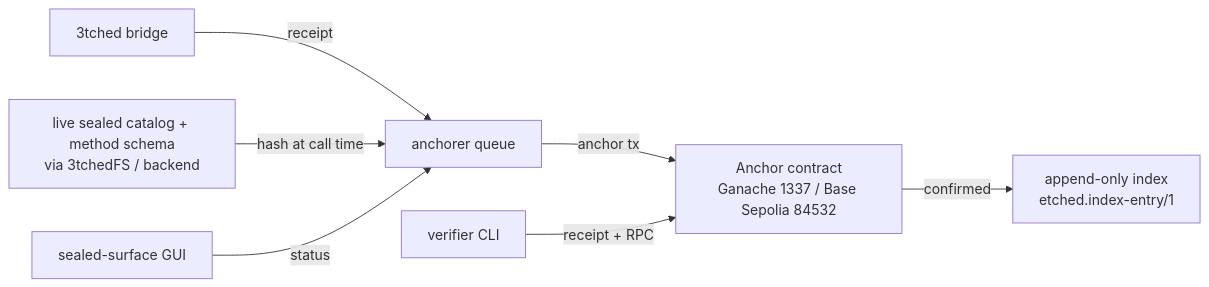
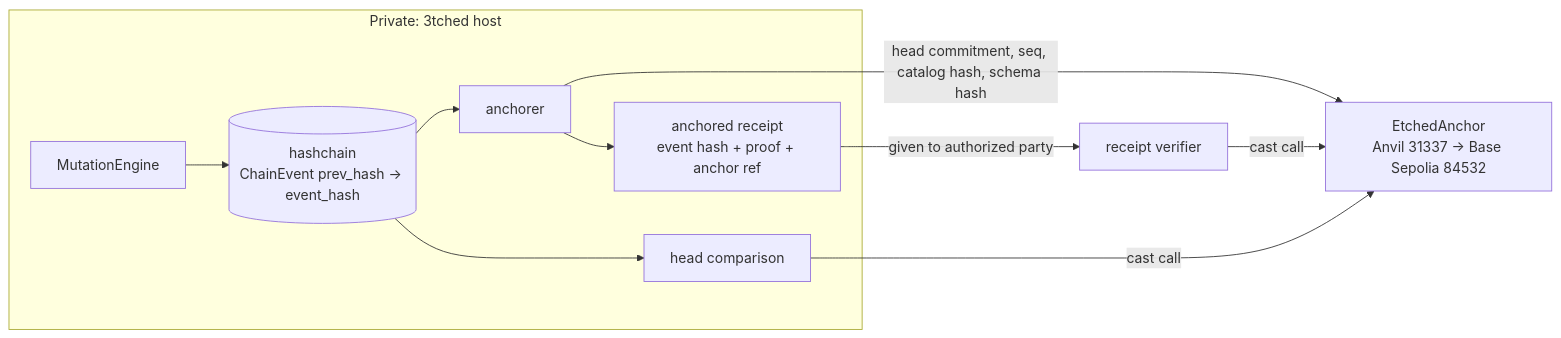
Before and after one commit to repr0bated/subsidiary: the diagram in .kiro/specs/receipt-anchoring/design.md, drawn with Mermaid. The commit also changed other lines of this file and 8 other files, not shown here.

Commit message:
Foundry + hashchain anchoring: EtchedAnchor is new work; commit private hashchain heads, hashes only; receipt-holder verification

````diff
--- a/.kiro/specs/receipt-anchoring/design.md
+++ b/.kiro/specs/receipt-anchoring/design.md
@@ -12,9 +21,13 @@
 ```mermaid
 flowchart LR
-  BR[3tched bridge] -->|receipt| Q[anchorer queue]
-  M[live sealed catalog + method schema\nvia 3tchedFS / backend] -->|hash at call time| Q
-  Q -->|anchor tx| K[Anchor contract\nGanache 1337 / Base Sepolia 84532]
-  K -->|confirmed| I[append-only index\netched.index-entry/1]
-  V[verifier CLI] -->|receipt + RPC| K
-  UI[sealed-surface GUI] -->|status| Q
+  subgraph private[Private: 3tched host]
+    ME[MutationEngine] --> HC[(hashchain\nChainEvent prev_hash → event_hash)]
+    HC --> AN[anchorer]
+    HC --> CMP[head comparison]
+    AN --> RI[anchored receipt\nevent hash + proof + anchor ref]
+  end
+  AN -->|head commitment, seq, catalog hash, schema hash| EA[EtchedAnchor\nAnvil 31337 → Base Sepolia 84532]
+  RI -->|given to authorized party| V[receipt verifier]
+  V -->|cast call| EA
+  CMP -->|cast call| EA
 ```
````
